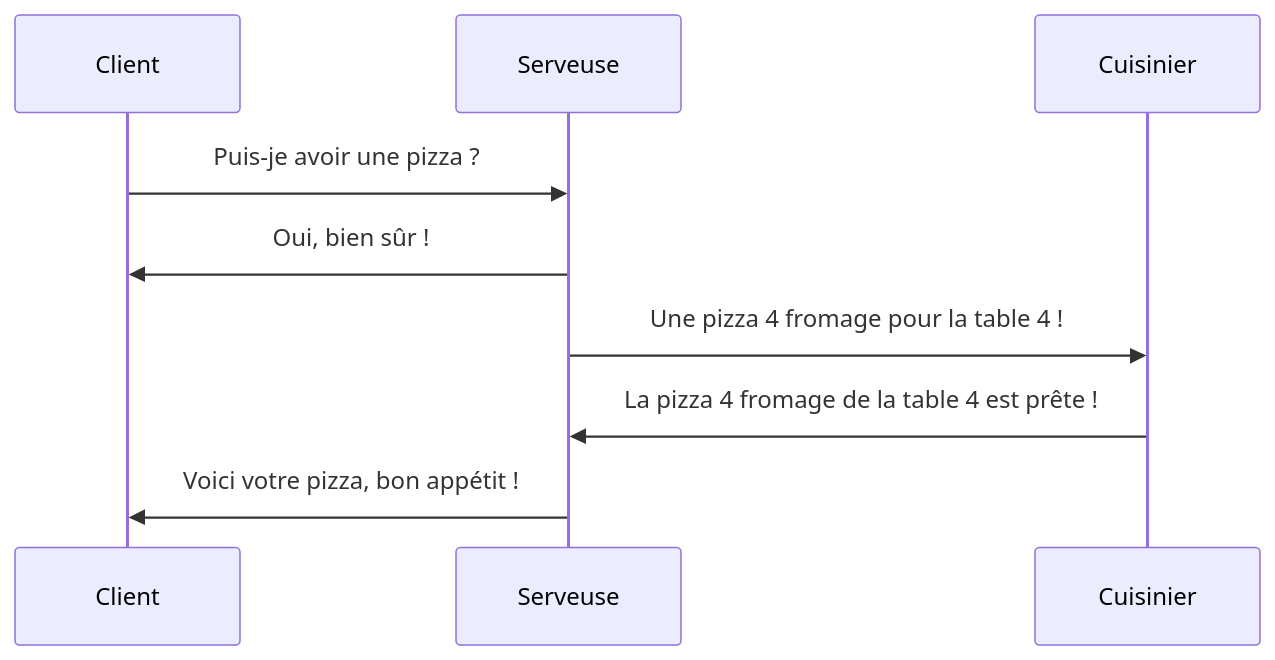
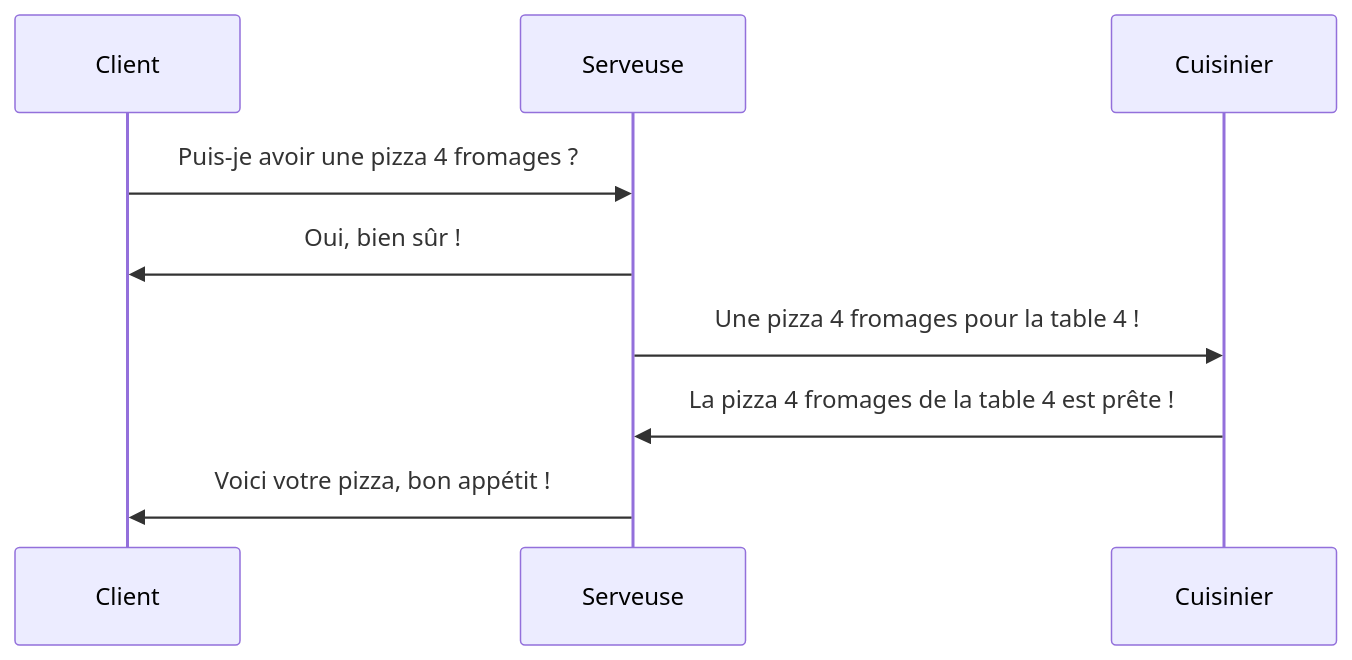
One commit to ZamBoyle/Eqla_HTML changed the third of 5 diagrams in README.md. Above: the diagram before and after it, drawn with Mermaid. The commit also changed other lines of this file and 39 other files, not shown here.

````diff
--- a/README.md
+++ b/README.md
@@ -57,10 +93,10 @@
 ```mermaid
 sequenceDiagram
     participant Client
     participant Serveuse
-    Client->>Serveuse: Puis-je avoir une pizza ?
+    Client->>Serveuse: Puis-je avoir une pizza 4 fromages ?
     Serveuse->>Client: Oui, bien sûr !
-    Serveuse->>Cuisinier: Une pizza 4 fromage pour la table 4 !
-    Cuisinier->>Serveuse: La pizza 4 fromage de la table 4 est prête !
+    Serveuse->>Cuisinier: Une pizza 4 fromages pour la table 4 !
+    Cuisinier->>Serveuse: La pizza 4 fromages de la table 4 est prête !
     Serveuse->>Client: Voici votre pizza, bon appétit !
 ```
````
